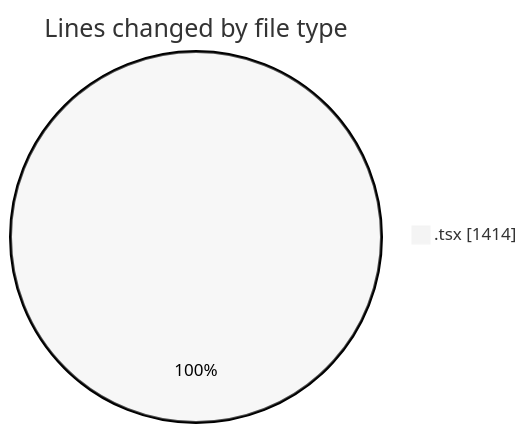
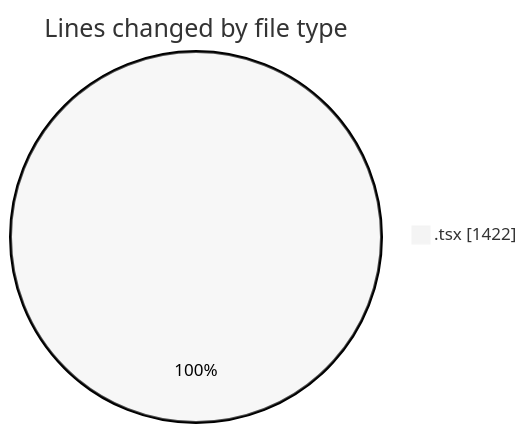
The first of 2 diagrams in 2025-05-07/niten/README.md (Elitesun/code-tracking), drawn with Mermaid (neutral theme) before and after one commit. The commit also changed other lines of this file and 1 other file, not shown here.

````diff
--- a/2025-05-07/niten/README.md
+++ b/2025-05-07/niten/README.md
@@ -35,5 +35,5 @@
 ```mermaid
 pie showData
 title Lines changed by file type
-".tsx" : 1414
+".tsx" : 1422
 ```
````
